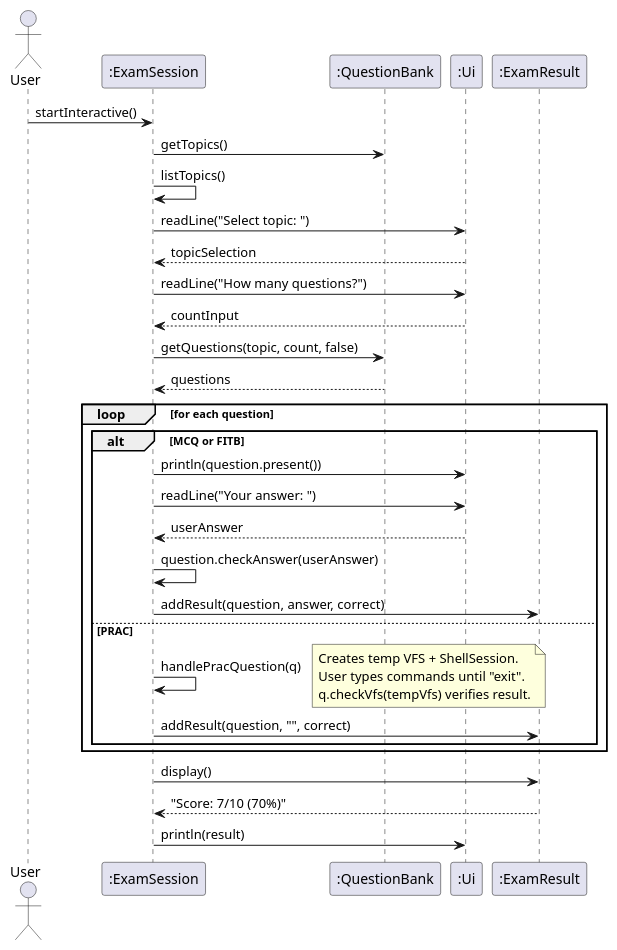
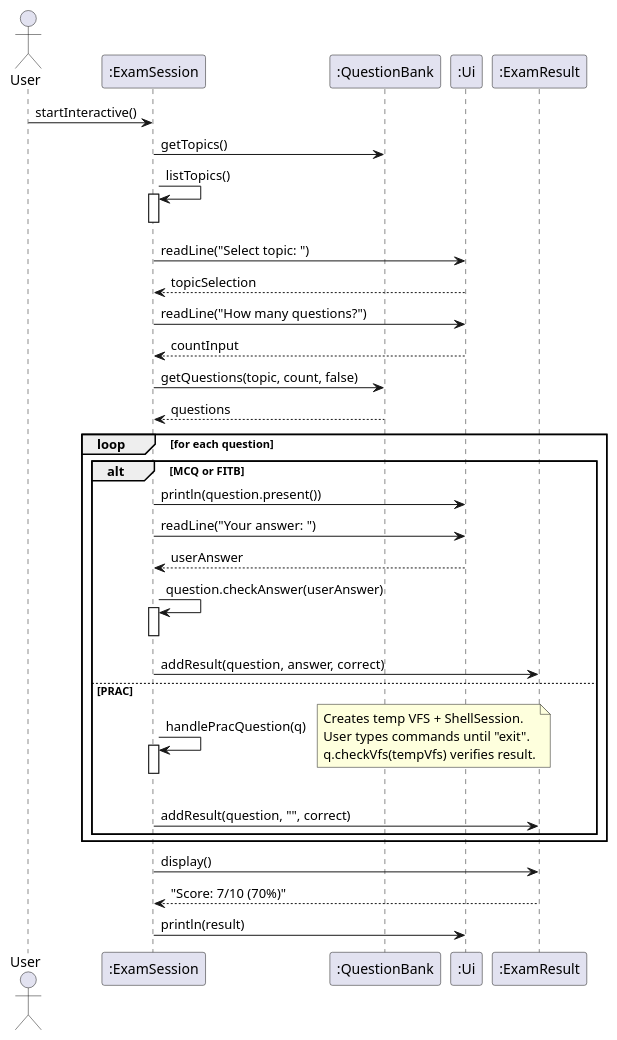
The diagram in docs/diagrams/ExamSessionSequence.puml (Novgor0d/tp), drawn with PlantUML before and after one commit. The commit also changed 8 other files, not shown here.

First line of the commit message:
Fix UML diagram issues #119, #120, #121, #122

```diff
--- a/docs/diagrams/ExamSessionSequence.puml
+++ b/docs/diagrams/ExamSessionSequence.puml
@@ -1,41 +1,47 @@
 @startuml ExamSessionSequence
 actor User
 participant ":ExamSession" as ES
 participant ":QuestionBank" as QB
 participant ":Ui" as UI
 participant ":ExamResult" as ER
 
 User -> ES : startInteractive()
 ES -> QB : getTopics()
 ES -> ES : listTopics()
+activate ES
+deactivate ES
 ES -> UI : readLine("Select topic: ")
 UI --> ES : topicSelection
 
 ES -> UI : readLine("How many questions?")
 UI --> ES : countInput
 
 ES -> QB : getQuestions(topic, count, false)
 QB --> ES : questions
 
 loop for each question
     alt MCQ or FITB
         ES -> UI : println(question.present())
         ES -> UI : readLine("Your answer: ")
         UI --> ES : userAnswer
         ES -> ES : question.checkAnswer(userAnswer)
+        activate ES
+        deactivate ES
         ES -> ER : addResult(question, answer, correct)
     else PRAC
         ES -> ES : handlePracQuestion(q)
+        activate ES
         note right
             Creates temp VFS + ShellSession.
             User types commands until "exit".
             q.checkVfs(tempVfs) verifies result.
         end note
+        deactivate ES
         ES -> ER : addResult(question, "", correct)
     end
 end
 
 ES -> ER : display()
 ER --> ES : "Score: 7/10 (70%)"
 ES -> UI : println(result)
 @enduml
```
